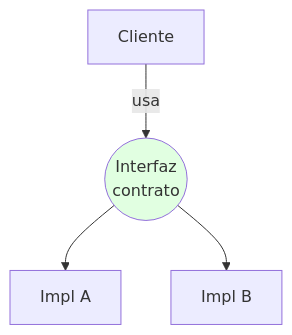
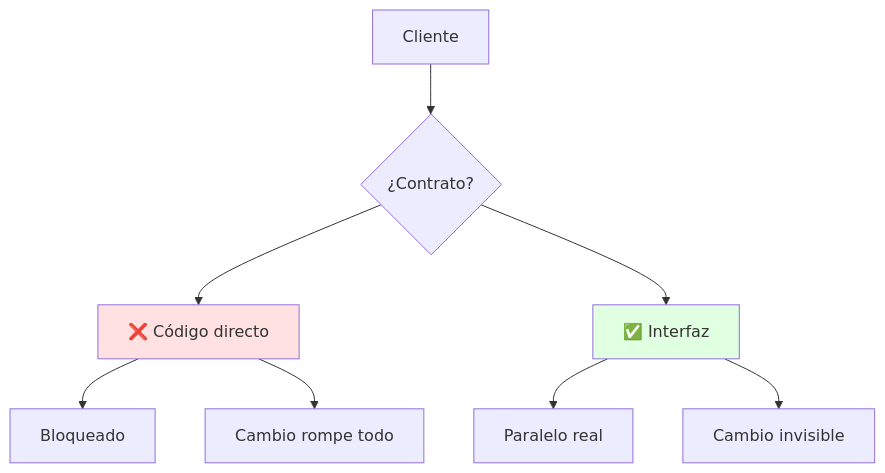
Before and after one commit to Fsteven22/Notas-de-Universidad-Freddy-Sanchez-: the first of 3 diagrams in Universidad/3er Semestre/Diseño de Software/Unidad 2 - Diseño orientado a objetos/02 - Diseño por componentes e interfaces.md, drawn with Mermaid. The commit also changed other lines of this file and 40 other files, not shown here.

````diff
--- a/Universidad/3er Semestre/Diseño de Software/Unidad 2 - Diseño orientado a objetos/02 - Diseño por componentes e interfaces.md
+++ b/Universidad/3er Semestre/Diseño de Software/Unidad 2 - Diseño orientado a objetos/02 - Diseño por componentes e interfaces.md
@@ -28,8 +31,15 @@
 ```mermaid
 graph TB
-    A[Cliente] -->|usa| I((Interfaz<br/>contrato))
-    I --> C1[Impl A]
-    I --> C2[Impl B]
+    A[Cliente] --> B{¿Contrato?}
+    B --> C[❌ Código directo]
+    B --> D[✅ Interfaz]
 
-    style I fill:#e1ffe1
+    C --> C1[Bloqueado]
+    C --> C2[Cambio rompe todo]
+
+    D --> D1[Paralelo real]
+    D --> D2[Cambio invisible]
+
+    style C fill:#ffe1e1
+    style D fill:#e1ffe1
 ```
````
